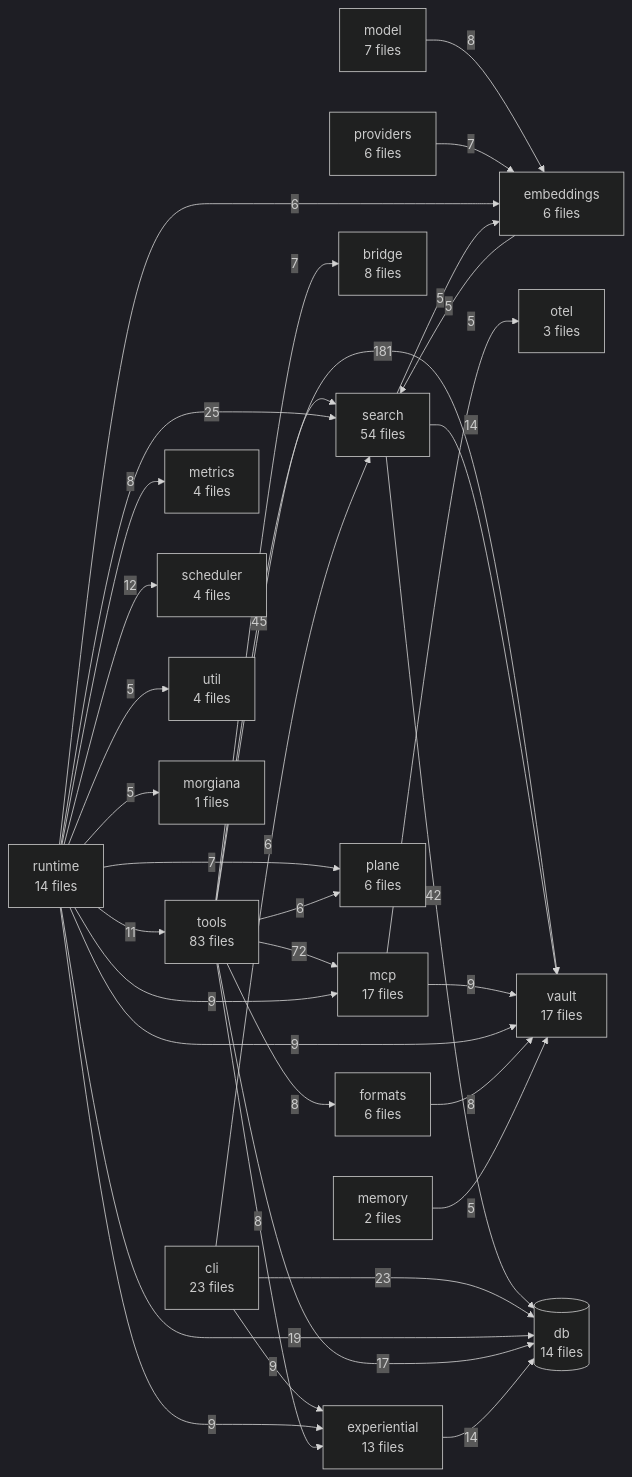
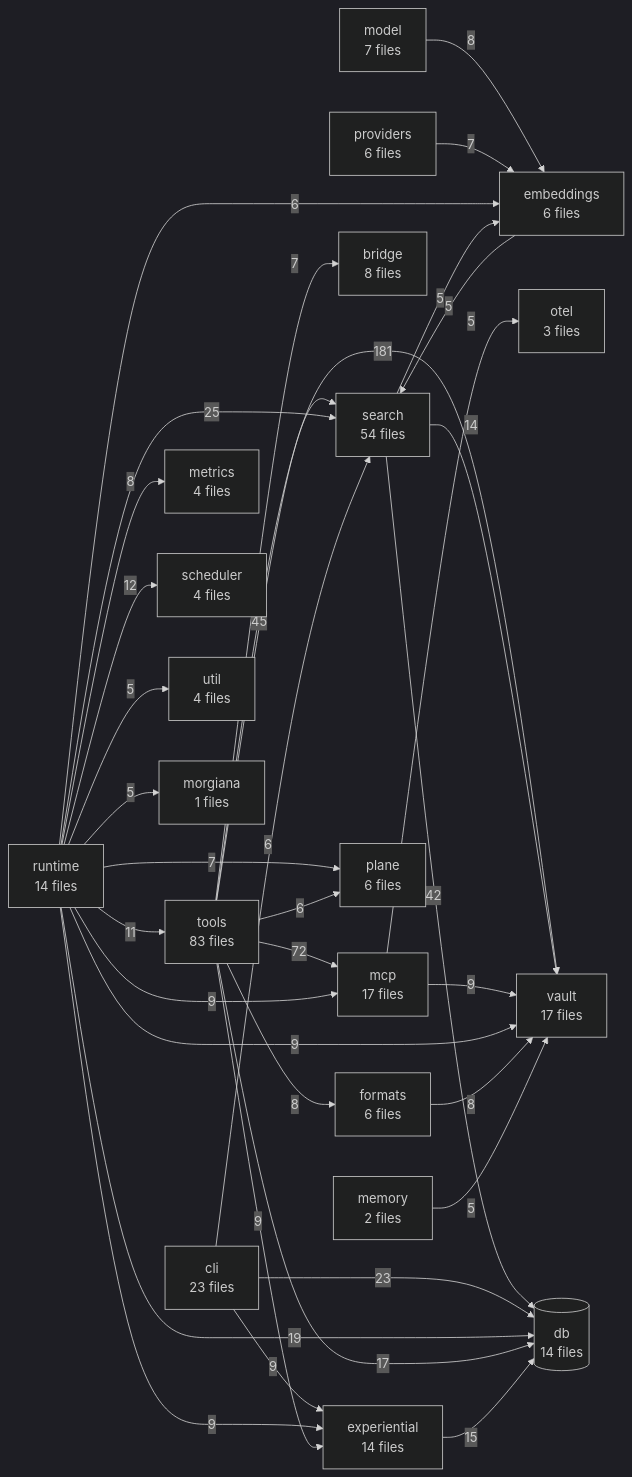
Before and after one commit to The-40-Thieves/obsidian-tc: the diagram in TREE.md, drawn with Mermaid (dark theme). The commit also changed other lines of this file and 14 other files, not shown here.

````diff
--- a/TREE.md
+++ b/TREE.md
@@ -301,58 +301,58 @@
 ```mermaid
 flowchart LR
   tools[tools<br/>83 files]
   search[search<br/>54 files]
   cli[cli<br/>23 files]
   mcp[mcp<br/>17 files]
   vault[vault<br/>17 files]
   db[(db<br/>14 files)]
+  experiential[experiential<br/>14 files]
   runtime[runtime<br/>14 files]
-  experiential[experiential<br/>13 files]
   bridge[bridge<br/>8 files]
   model[model<br/>7 files]
   embeddings[embeddings<br/>6 files]
   formats[formats<br/>6 files]
   plane[plane<br/>6 files]
   providers[providers<br/>6 files]
   metrics[metrics<br/>4 files]
   scheduler[scheduler<br/>4 files]
   util[util<br/>4 files]
   otel[otel<br/>3 files]
   memory[memory<br/>2 files]
   morgiana[morgiana<br/>1 files]
 
   tools -->|181| vault
   tools -->|72| mcp
   tools -->|45| search
   search -->|42| db
   runtime -->|25| search
   cli -->|23| db
   runtime -->|19| db
   tools -->|17| db
-  experiential -->|14| db
+  experiential -->|15| db
   search -->|14| vault
   runtime -->|12| scheduler
   runtime -->|11| tools
   cli -->|9| experiential
   mcp -->|9| vault
   runtime -->|9| experiential
   runtime -->|9| vault
   runtime -->|9| mcp
+  tools -->|9| experiential
   formats -->|8| vault
   model -->|8| embeddings
   runtime -->|8| metrics
-  tools -->|8| experiential
   tools -->|8| formats
   providers -->|7| embeddings
   runtime -->|7| plane
   tools -->|7| bridge
   cli -->|6| search
   runtime -->|6| embeddings
   tools -->|6| plane
   embeddings -->|5| search
   mcp -->|5| otel
   memory -->|5| vault
   runtime -->|5| util
   runtime -->|5| morgiana
   search -->|5| embeddings
 ```
````
